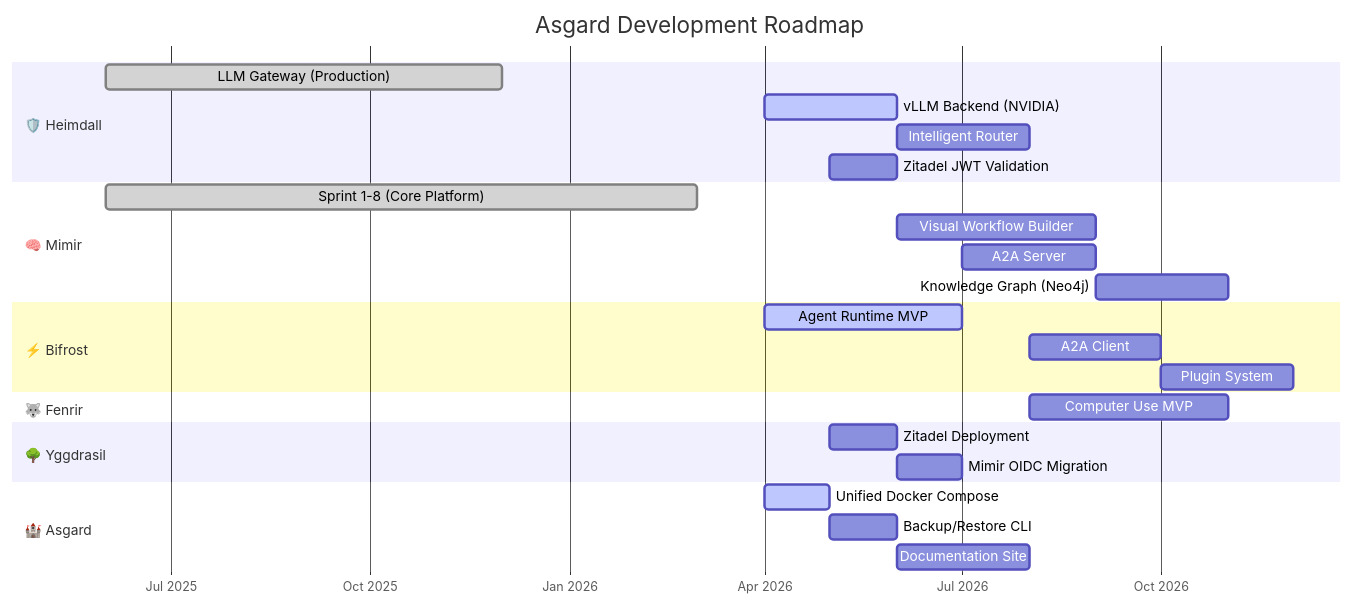
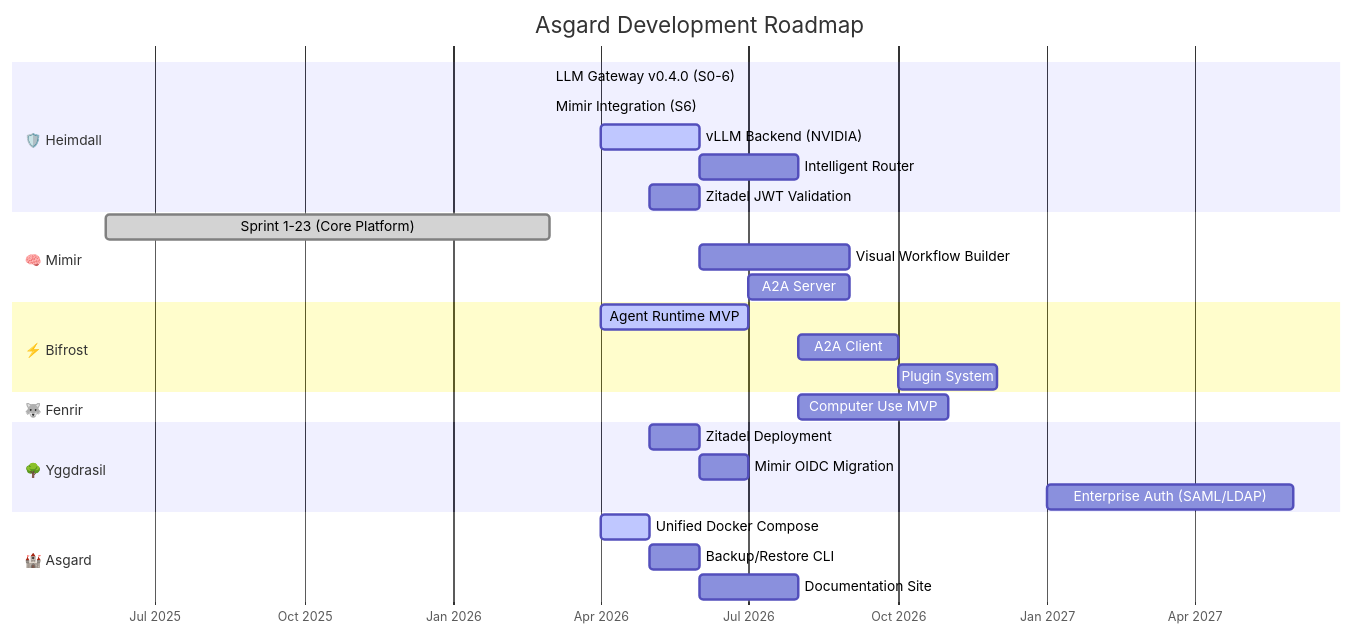
The diagram in docs/strategy/roadmap.md (MegaWiz-Dev-Team/Asgard), drawn with Mermaid before and after one commit. The commit also changed other lines of this file and 3 other files, not shown here.

Commit message:
fix: address all 6 review issues — roadmap dates, COMMERCIAL pricing, Yggdrasil refs, hardware KPI

````diff
--- a/docs/strategy/roadmap.md
+++ b/docs/strategy/roadmap.md
@@ -11,35 +11,36 @@
 ```mermaid
 gantt
     title Asgard Development Roadmap
     dateFormat  YYYY-MM
     axisFormat  %b %Y
 
     section 🛡️ Heimdall
-    LLM Gateway (Production)          :done,    h1, 2025-06, 2025-12
+    LLM Gateway v0.4.0 (S0-6)        :done,    h1, 2026-03, 2026-03
+    Mimir Integration (S6)            :done,    h1b, 2026-03, 2026-03
     vLLM Backend (NVIDIA)             :active,  h2, 2026-04, 2026-06
     Intelligent Router                :         h3, 2026-06, 2026-08
     Zitadel JWT Validation            :         h4, 2026-05, 2026-06
 
     section 🧠 Mimir
-    Sprint 1-8 (Core Platform)        :done,    m1, 2025-06, 2026-03
+    Sprint 1-23 (Core Platform)       :done,    m1, 2025-06, 2026-03
     Visual Workflow Builder            :         m2, 2026-06, 2026-09
     A2A Server                        :         m3, 2026-07, 2026-09
-    Knowledge Graph (Neo4j)           :         m4, 2026-09, 2026-11
 
     section ⚡ Bifrost
     Agent Runtime MVP                 :active,  b1, 2026-04, 2026-07
     A2A Client                        :         b2, 2026-08, 2026-10
     Plugin System                     :         b3, 2026-10, 2026-12
 
     section 🐺 Fenrir
     Computer Use MVP                  :         f1, 2026-08, 2026-11
 
     section 🌳 Yggdrasil
     Zitadel Deployment                :         y1, 2026-05, 2026-06
     Mimir OIDC Migration              :         y2, 2026-06, 2026-07
+    Enterprise Auth (SAML/LDAP)       :         y3, 2027-01, 2027-06
 
     section 🏰 Asgard
     Unified Docker Compose            :active,  a1, 2026-04, 2026-05
     Backup/Restore CLI                :         a2, 2026-05, 2026-06
     Documentation Site                :         a3, 2026-06, 2026-08
 ```
````
